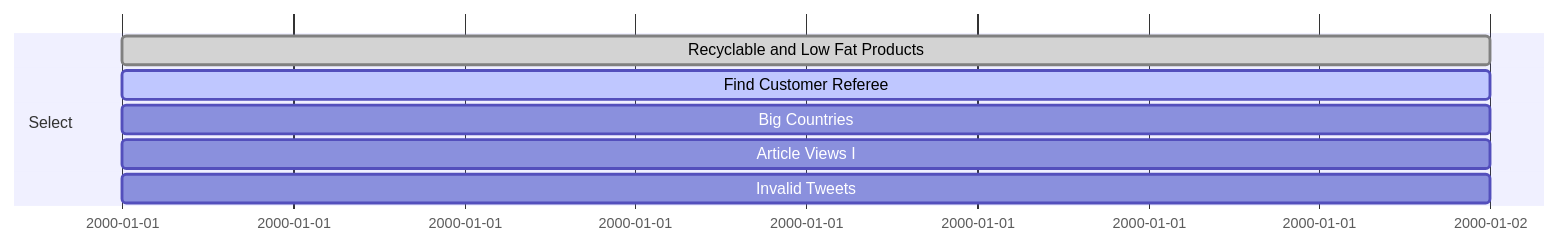
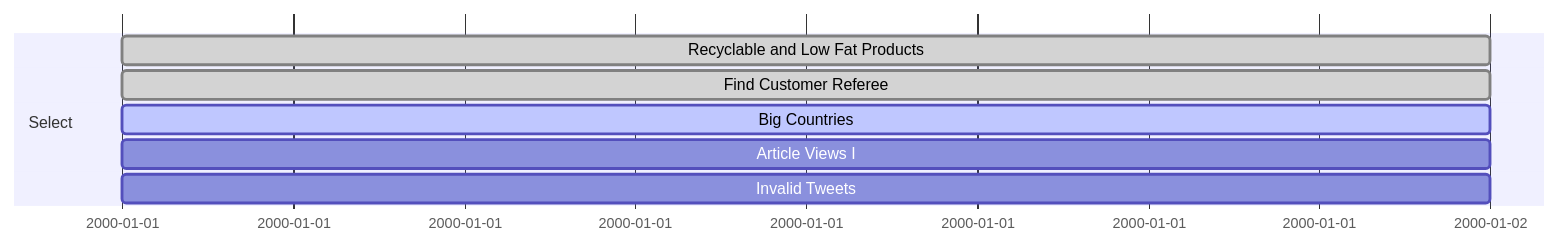
The third of 3 diagrams in README.md (kizzandev/LeetCode), drawn with Mermaid before and after one commit.

Commit message:
Marked as completed in the Gantt

````diff
--- a/README.md
+++ b/README.md
@@ -62,9 +62,9 @@
 ```mermaid
 gantt
     section Select
     Recyclable and Low Fat Products: done,   a0, 2000-01-01, 1d
-    Find Customer Referee          : active, a , 2000-01-01, 1d
-    Big Countries                  :         a , 2000-01-01, 1d
+    Find Customer Referee          : done,   a , 2000-01-01, 1d
+    Big Countries                  : active, a , 2000-01-01, 1d
     Article Views I                :         a , 2000-01-01, 1d
     Invalid Tweets                 :         a , 2000-01-01, 1d
 ```
````
